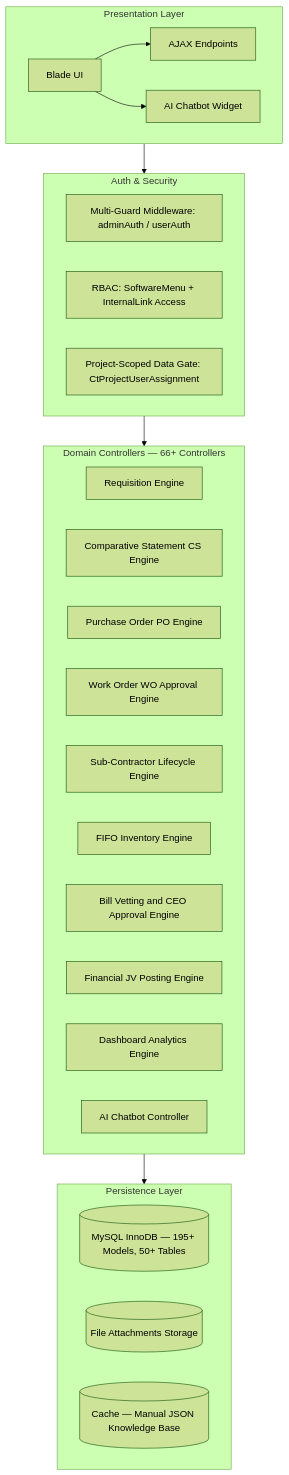
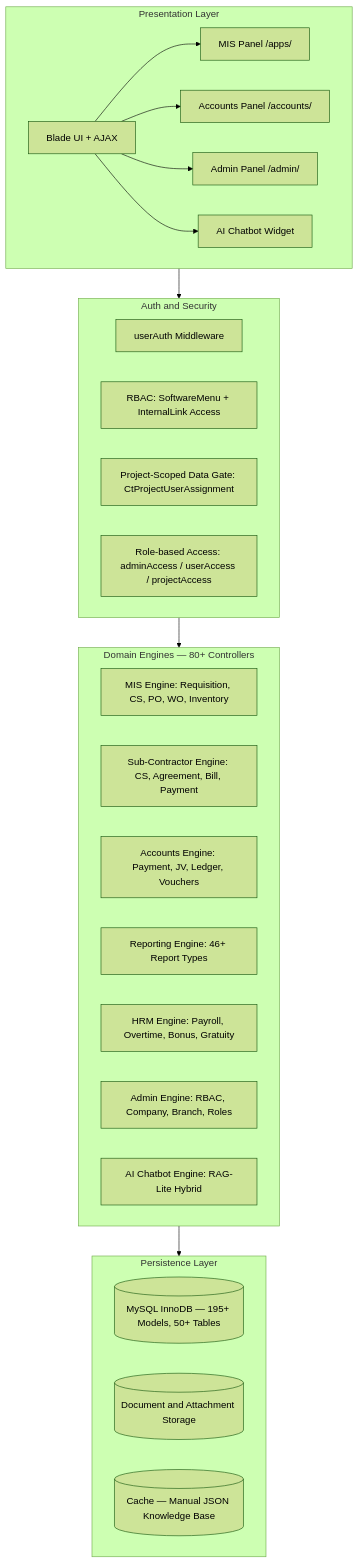
Before and after one commit to ShakhawatSakib9/Constrcution_MIS: the first of 4 diagrams in README.md, drawn with Mermaid (forest theme). The commit also changed other lines of this file, not shown here.

Commit message:
docs: complete rewrite - all 4 modules (MIS/Accounts/HRM/Admin), correct 5-stage approval chain, CS engine, Consumption, Stock Transfer, 46+ reports

````diff
--- a/README.md
+++ b/README.md
@@ -47,35 +69,35 @@
 ```mermaid
 graph TB
     subgraph PresentationLayer["Presentation Layer"]
-        A["Blade UI"] --> B["AJAX Endpoints"]
-        A --> C["AI Chatbot Widget"]
+        A["Blade UI + AJAX"] --> B["MIS Panel /apps/"]
+        A --> C["Accounts Panel /accounts/"]
+        A --> D["Admin Panel /admin/"]
+        A --> E["AI Chatbot Widget"]
     end
 
-    subgraph AuthSecurity["Auth & Security"]
-        D["Multi-Guard Middleware: adminAuth / userAuth"]
-        E["RBAC: SoftwareMenu + InternalLink Access"]
-        F["Project-Scoped Data Gate: CtProjectUserAssignment"]
+    subgraph AuthSecurity["Auth and Security"]
+        F["userAuth Middleware"]
+        G["RBAC: SoftwareMenu + InternalLink Access"]
+        H["Project-Scoped Data Gate: CtProjectUserAssignment"]
+        I["Role-based Access: adminAccess / userAccess / projectAccess"]
     end
 
-    subgraph DomainControllers["Domain Controllers — 66+ Controllers"]
-        G["Requisition Engine"]
-        H["Comparative Statement CS Engine"]
-        I["Purchase Order PO Engine"]
-        J["Work Order WO Approval Engine"]
-        K["Sub-Contractor Lifecycle Engine"]
-        L["FIFO Inventory Engine"]
-        M["Bill Vetting and CEO Approval Engine"]
-        N["Financial JV Posting Engine"]
-        O["Dashboard Analytics Engine"]
-        P["AI Chatbot Controller"]
+    subgraph DomainEngines["Domain Engines — 80+ Controllers"]
+        J["MIS Engine: Requisition, CS, PO, WO, Inventory"]
+        K["Sub-Contractor Engine: CS, Agreement, Bill, Payment"]
+        L["Accounts Engine: Payment, JV, Ledger, Vouchers"]
+        M["Reporting Engine: 46+ Report Types"]
+        N["HRM Engine: Payroll, Overtime, Bonus, Gratuity"]
+        O["Admin Engine: RBAC, Company, Branch, Roles"]
+        P["AI Chatbot Engine: RAG-Lite Hybrid"]
     end
 
-    subgraph Persistence["Persistence Layer"]
+    subgraph PersistenceLayer["Persistence Layer"]
         Q[("MySQL InnoDB — 195+ Models, 50+ Tables")]
-        R[("File Attachments Storage")]
+        R[("Document and Attachment Storage")]
         S[("Cache — Manual JSON Knowledge Base")]
     end
 
-    PresentationLayer --> AuthSecurity --> DomainControllers
-    DomainControllers --> Persistence
+    PresentationLayer --> AuthSecurity --> DomainEngines
+    DomainEngines --> PersistenceLayer
 ```
````
